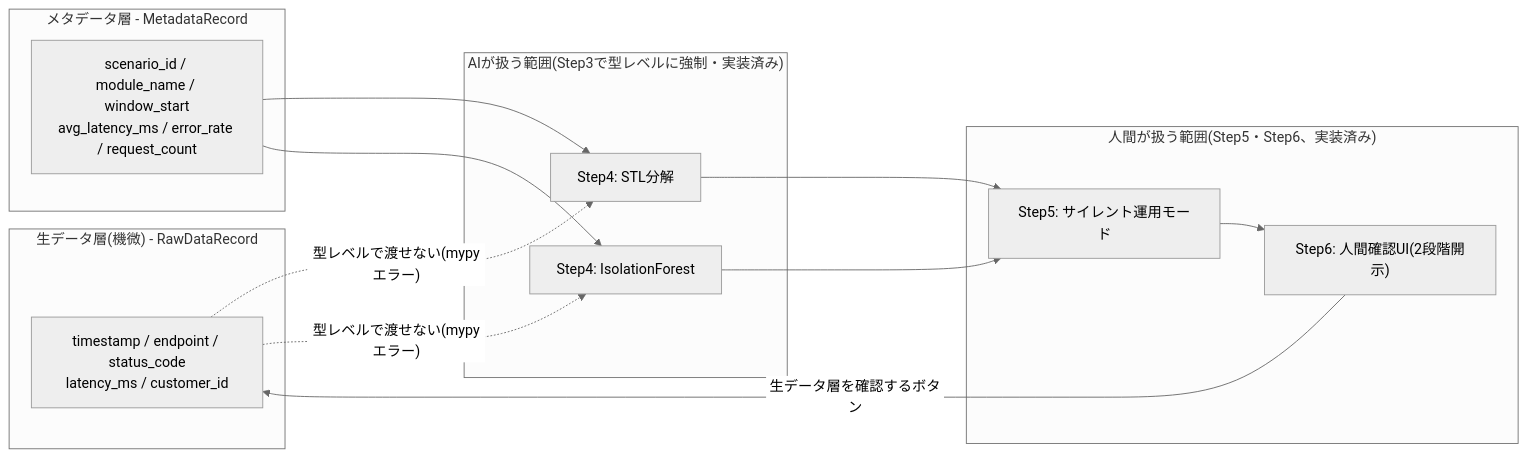
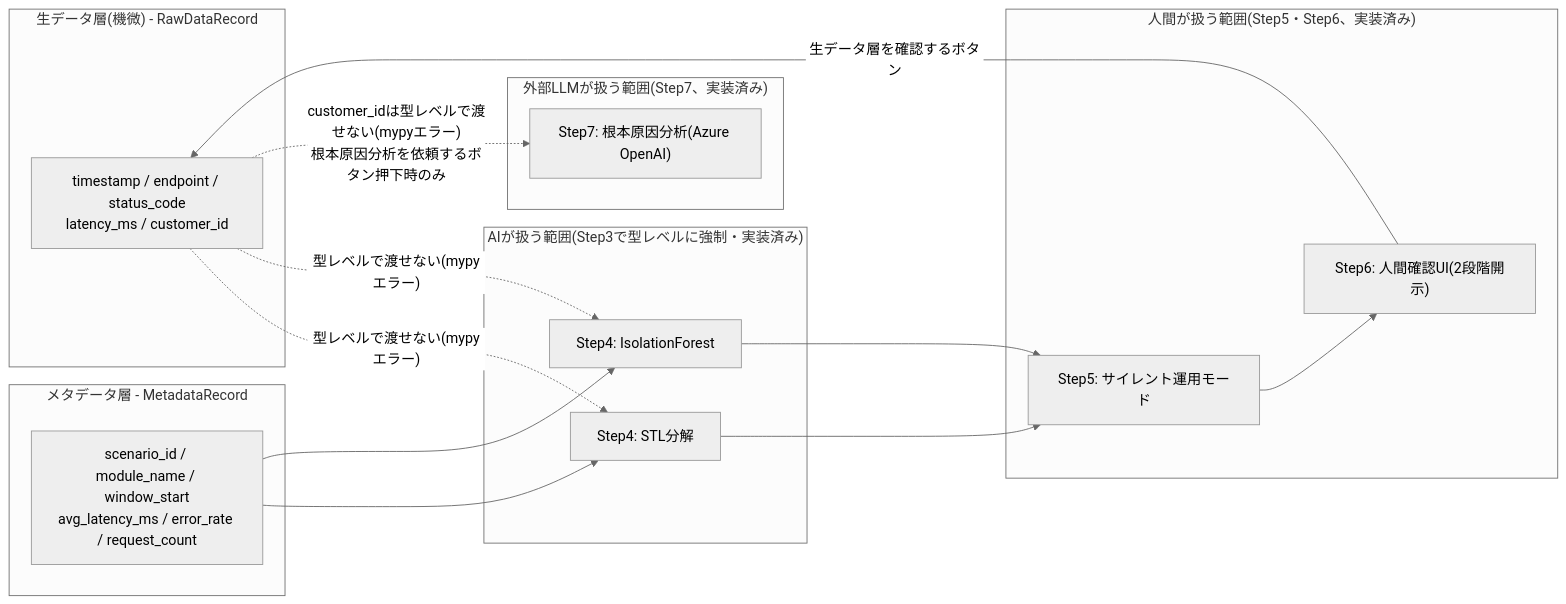
One commit to yuninaka/log-anomaly-detection-poc changed the first of 2 diagrams in README.md. Above: the diagram before and after it, drawn with Mermaid (neutral theme). The commit also changed other lines of this file and 10 other files, not shown here.

First line of the commit message:
feat: Step7 LLM根本原因分析(Azure OpenAI、人間確認後のみ)

````diff
--- a/README.md
+++ b/README.md
@@ -14,26 +14,30 @@
 ```mermaid
 flowchart LR
     subgraph RAW["生データ層(機微) - RawDataRecord"]
         R1["timestamp / endpoint / status_code<br/>latency_ms / customer_id"]
     end
     subgraph META["メタデータ層 - MetadataRecord"]
         M1["scenario_id / module_name / window_start<br/>avg_latency_ms / error_rate / request_count"]
     end
     subgraph AI["AIが扱う範囲(Step3で型レベルに強制・実装済み)"]
         STL["Step4: STL分解"]
         IF["Step4: IsolationForest"]
     end
     subgraph HUMAN["人間が扱う範囲(Step5・Step6、実装済み)"]
         SILENT["Step5: サイレント運用モード"]
         UI["Step6: 人間確認UI(2段階開示)"]
     end
+    subgraph LLM["外部LLMが扱う範囲(Step7、実装済み)"]
+        ROOTCAUSE["Step7: 根本原因分析(Azure OpenAI)"]
+    end
 
     R1 -.->|"型レベルで渡せない(mypyエラー)"| STL
     R1 -.->|"型レベルで渡せない(mypyエラー)"| IF
     M1 --> STL
     M1 --> IF
     STL --> SILENT
     IF --> SILENT
     SILENT --> UI
     UI -->|"生データ層を確認するボタン"| R1
+    R1 -.->|"customer_idは型レベルで渡せない(mypyエラー)<br/>根本原因分析を依頼するボタン押下時のみ"| ROOTCAUSE
 ```
````
